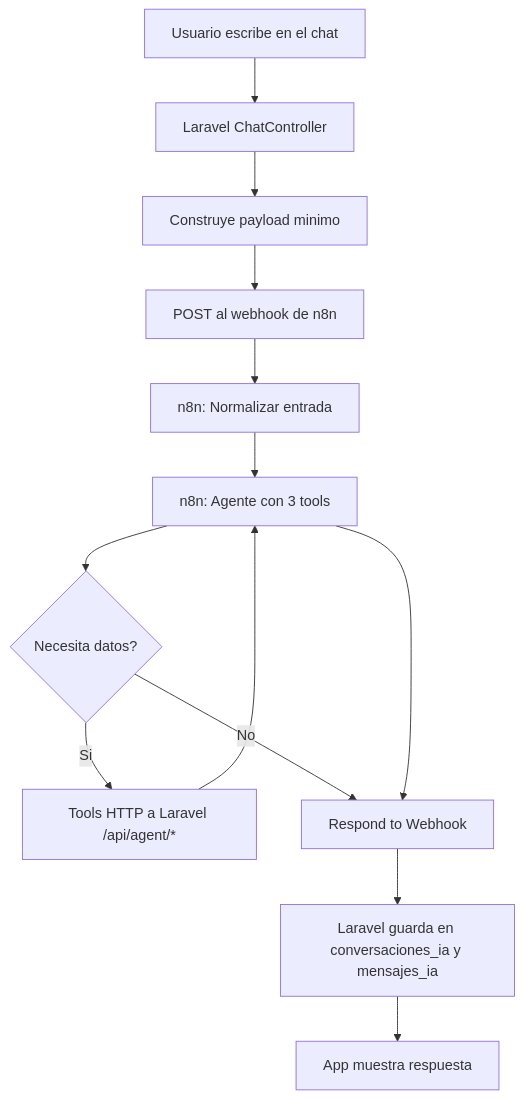
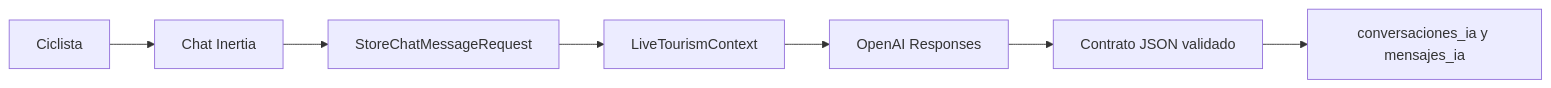
Before and after one commit to Giossue/app-ciclismo-guaranda: the diagram in .codex/domain/chatbot_ia.md, drawn with Mermaid. The commit also changed other lines of this file and 53 other files, not shown here.

First line of the commit message:
chore: sustituye asistente n8n por Laravel/OpenAI

````diff
--- a/.codex/domain/chatbot_ia.md
+++ b/.codex/domain/chatbot_ia.md
@@ -7,15 +10,9 @@
 ```mermaid
-flowchart TD
-    A[Usuario escribe en el chat] --> B[Laravel ChatController]
-    B --> C[Construye payload minimo]
-    C --> D[POST al webhook de n8n]
-    D --> E[n8n: Normalizar entrada]
-    E --> F[n8n: Agente con 3 tools]
-    F --> G{Necesita datos?}
-    G -->|Si| H[Tools HTTP a Laravel /api/agent/*]
-    H --> F
-    G -->|No| I[Respond to Webhook]
-    F --> I
-    I --> J[Laravel guarda en conversaciones_ia y mensajes_ia]
-    J --> K[App muestra respuesta]
+flowchart LR
+    A[Ciclista] --> B[Chat Inertia]
+    B --> C[StoreChatMessageRequest]
+    C --> D[LiveTourismContext]
+    D --> E[OpenAI Responses]
+    E --> F[Contrato JSON validado]
+    F --> G[conversaciones_ia y mensajes_ia]
 ```
````
